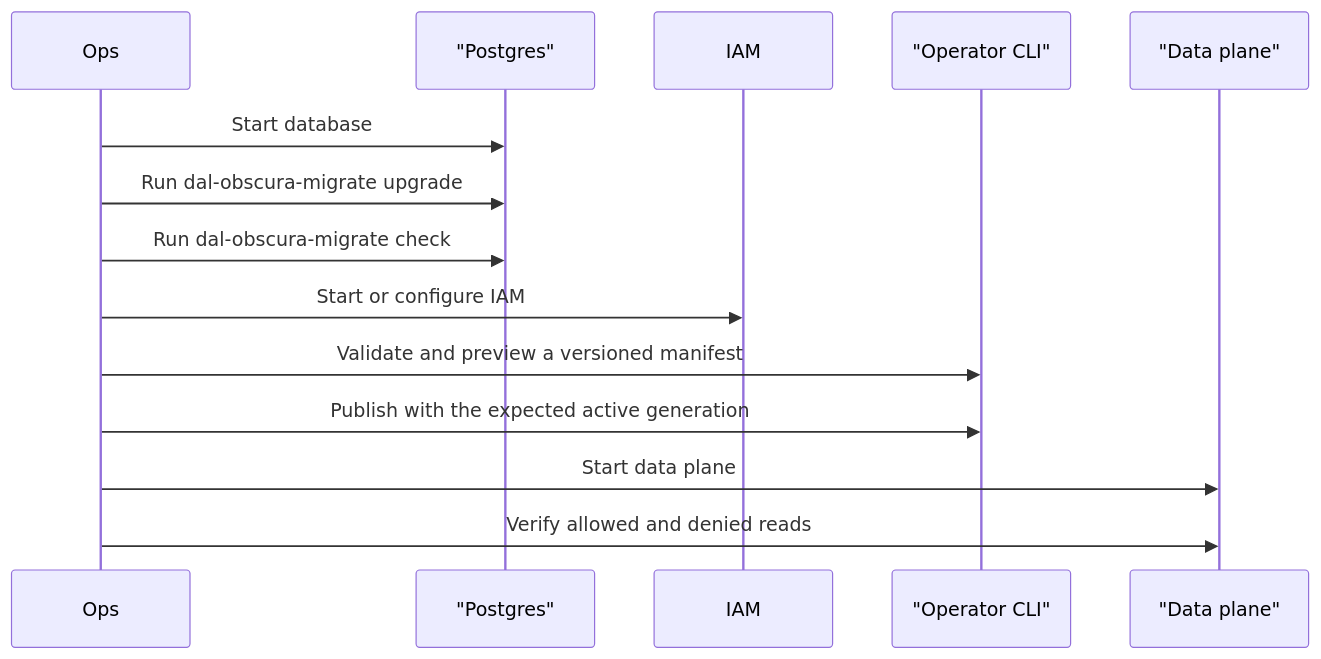
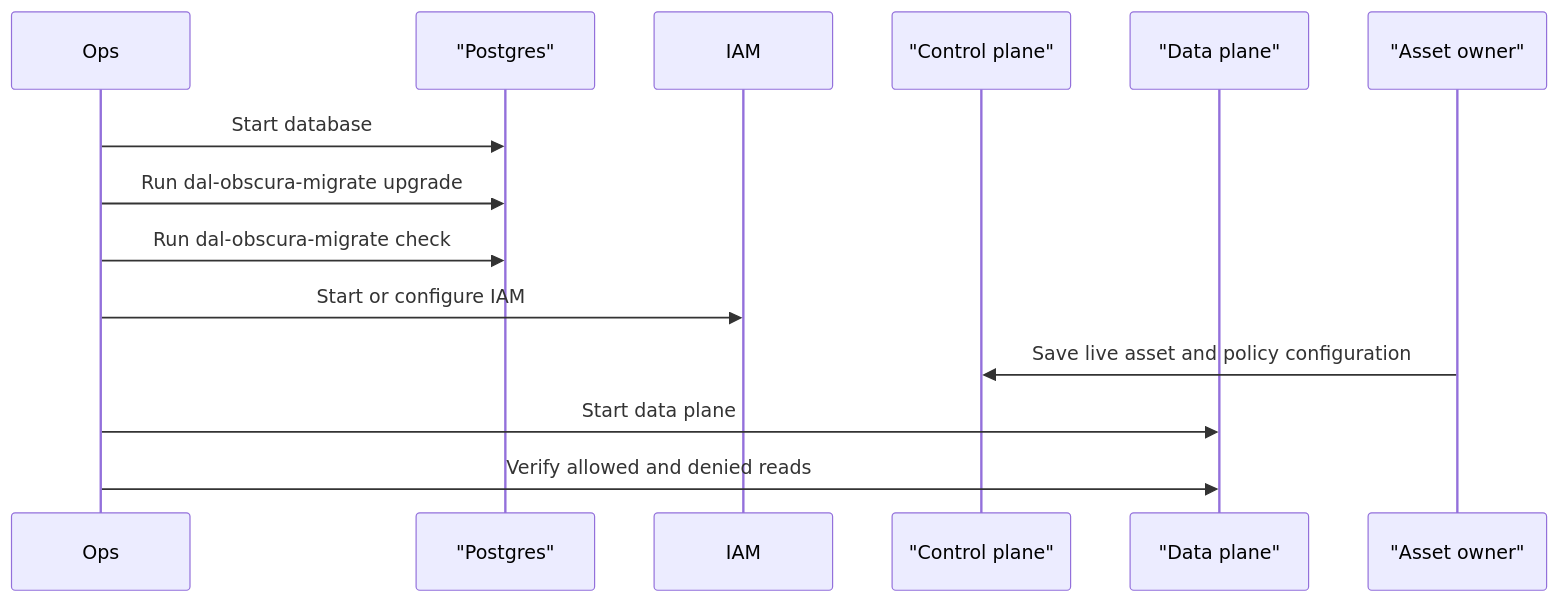
One commit to snithish/dal-obscura changed the second of 2 diagrams in docs/operators.md. Above: the diagram before and after it, drawn with Mermaid. The commit also changed other lines of this file and 174 other files, not shown here.

First line of the commit message:
refactor!: replace publication workflow with live configuration

````diff
--- a/docs/operators.md
+++ b/docs/operators.md
@@ -166,17 +123,17 @@
 ```mermaid
 sequenceDiagram
     participant Ops
     participant DB as "Postgres"
     participant IAM
-    participant CLI as "Operator CLI"
+    participant CP as "Control plane"
     participant DP as "Data plane"
+    participant Owner as "Asset owner"
 
     Ops->>DB: Start database
     Ops->>DB: Run dal-obscura-migrate upgrade
     Ops->>DB: Run dal-obscura-migrate check
     Ops->>IAM: Start or configure IAM
-    Ops->>CLI: Validate and preview a versioned manifest
-    Ops->>CLI: Publish with the expected active generation
+    Owner->>CP: Save live asset and policy configuration
     Ops->>DP: Start data plane
     Ops->>DP: Verify allowed and denied reads
 ```
````
